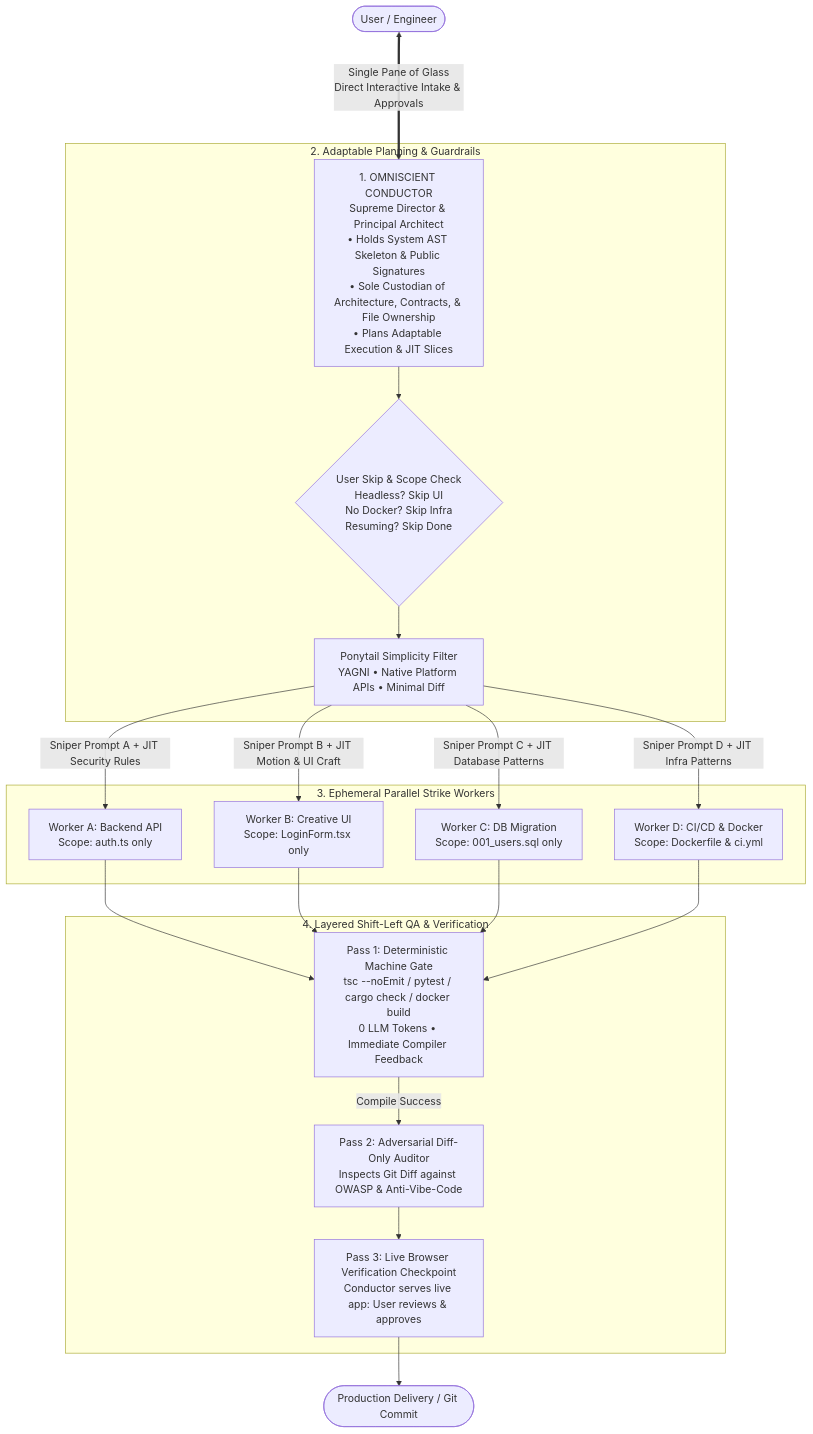
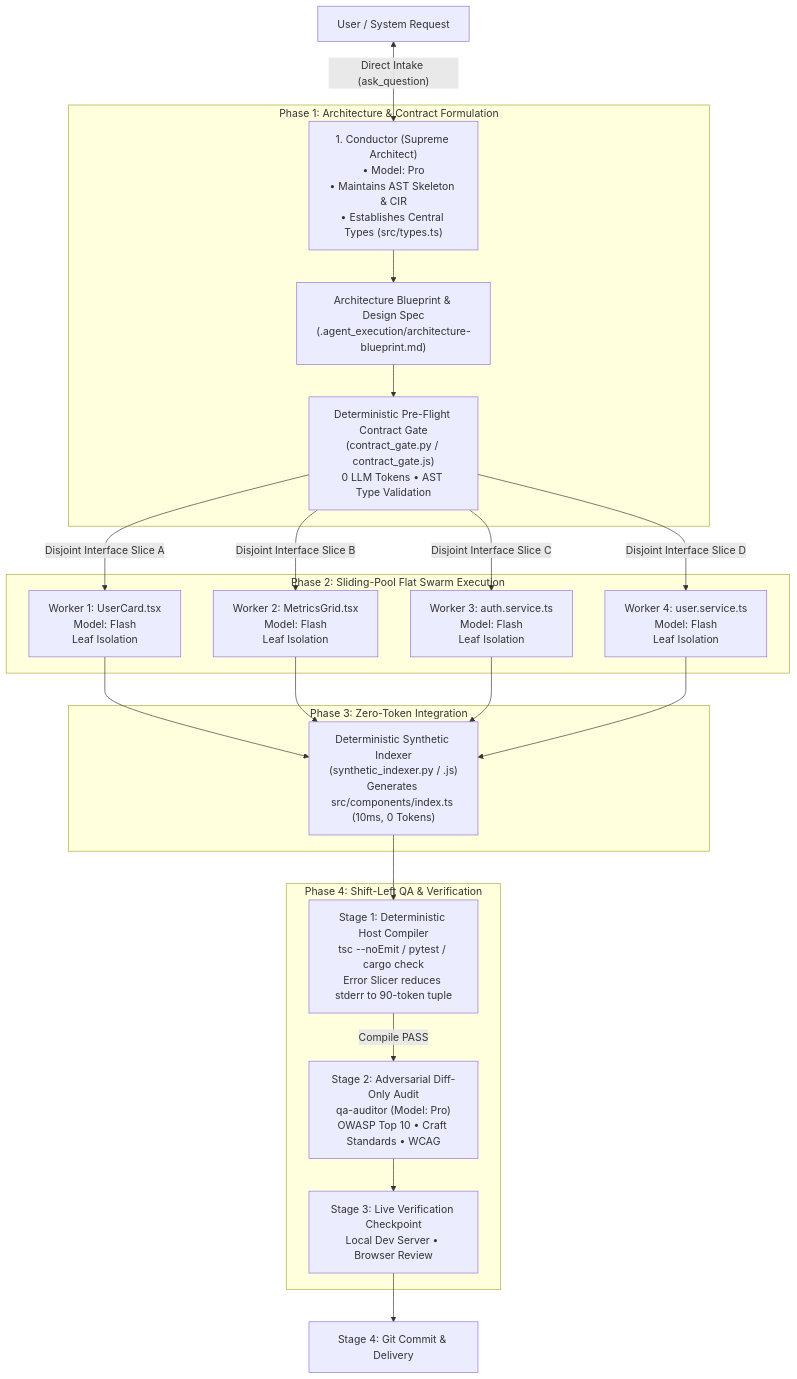
One commit to codinghubindia/agentic-dev changed the diagram in README.md. Above: the diagram before and after it, drawn with Mermaid. The commit also changed other lines of this file, not shown here.

Commit message:
docs: rewire README.md into professional, SEO-optimized specification with zero emojis

````diff
--- a/README.md
+++ b/README.md
@@ -50,24 +51,28 @@
 ```mermaid
 flowchart TD
-    USER([User / Engineer]) <===>|Single Pane of Glass\nDirect Interactive Intake & Approvals| COND[1. OMNISCIENT CONDUCTOR\nSupreme Director & Principal Architect\n• Holds System AST Skeleton & Public Signatures\n• Sole Custodian of Architecture, Contracts, & File Ownership\n• Plans Adaptable Execution & JIT Slices]
+    USER["User / System Request"] <-->|"Direct Intake (ask_question)"| COND["1. Conductor (Supreme Architect)\n• Model: Pro\n• Maintains AST Skeleton & CIR\n• Establishes Central Types (src/types.ts)"]
 
-    subgraph PLANNING [2. Adaptable Planning & Guardrails]
-        COND --> ADAPT{User Skip & Scope Check\nHeadless? Skip UI\nNo Docker? Skip Infra\nResuming? Skip Done}
-        ADAPT --> PONY[Ponytail Simplicity Filter\nYAGNI • Native Platform APIs • Minimal Diff]
+    subgraph PHASE1 ["Phase 1: Architecture & Contract Formulation"]
+        COND --> BP["Architecture Blueprint & Design Spec\n(.agent_execution/architecture-blueprint.md)"]
+        BP --> GATE["Deterministic Pre-Flight Contract Gate\n(contract_gate.py / contract_gate.js)\n0 LLM Tokens • AST Type Validation"]
     end
 
-    subgraph EXECUTION [3. Ephemeral Parallel Strike Workers]
-        PONY -->|Sniper Prompt A + JIT Security Rules| WA[Worker A: Backend API\nScope: auth.ts only]
-        PONY -->|Sniper Prompt B + JIT Motion & UI Craft| WB[Worker B: Creative UI\nScope: LoginForm.tsx only]
-        PONY -->|Sniper Prompt C + JIT Database Patterns| WC[Worker C: DB Migration\nScope: 001_users.sql only]
-        PONY -->|Sniper Prompt D + JIT Infra Patterns| WD[Worker D: CI/CD & Docker\nScope: Dockerfile & ci.yml]
+    subgraph PHASE2 ["Phase 2: Sliding-Pool Flat Swarm Execution"]
+        GATE -->|"Disjoint Interface Slice A"| W1["Worker 1: UserCard.tsx\nModel: Flash\nLeaf Isolation"]
+        GATE -->|"Disjoint Interface Slice B"| W2["Worker 2: MetricsGrid.tsx\nModel: Flash\nLeaf Isolation"]
+        GATE -->|"Disjoint Interface Slice C"| W3["Worker 3: auth.service.ts\nModel: Flash\nLeaf Isolation"]
+        GATE -->|"Disjoint Interface Slice D"| W4["Worker 4: user.service.ts\nModel: Flash\nLeaf Isolation"]
     end
 
-    subgraph QUALITY [4. Layered Shift-Left QA & Verification]
-        WA & WB & WC & WD --> MACH[Pass 1: Deterministic Machine Gate\ntsc --noEmit / pytest / cargo check / docker build\n0 LLM Tokens • Immediate Compiler Feedback]
-        MACH -->|Compile Success| AUDIT[Pass 2: Adversarial Diff-Only Auditor\nInspects Git Diff against OWASP & Anti-Vibe-Code]
-        AUDIT --> LIVE[Pass 3: Live Browser Verification Checkpoint\nConductor serves live app: User reviews & approves]
+    subgraph PHASE3 ["Phase 3: Zero-Token Integration"]
+        W1 & W2 & W3 & W4 --> BARREL["Deterministic Synthetic Indexer\n(synthetic_indexer.py / .js)\nGenerates src/components/index.ts (10ms, 0 Tokens)"]
     end
 
-    LIVE --> SHIP([Production Delivery / Git Commit])
+    subgraph PHASE4 ["Phase 4: Shift-Left QA & Verification"]
+        BARREL --> COMP["Stage 1: Deterministic Host Compiler\ntsc --noEmit / pytest / cargo check\nError Slicer reduces stderr to 90-token tuple"]
+        COMP -->|"Compile PASS"| AUDIT["Stage 2: Adversarial Diff-Only Audit\nqa-auditor (Model: Pro)\nOWASP Top 10 • Craft Standards • WCAG"]
+        AUDIT --> LIVE["Stage 3: Live Verification Checkpoint\nLocal Dev Server • Browser Review"]
+    end
+
+    LIVE --> SHIP["Stage 4: Git Commit & Delivery"]
 ```
````
